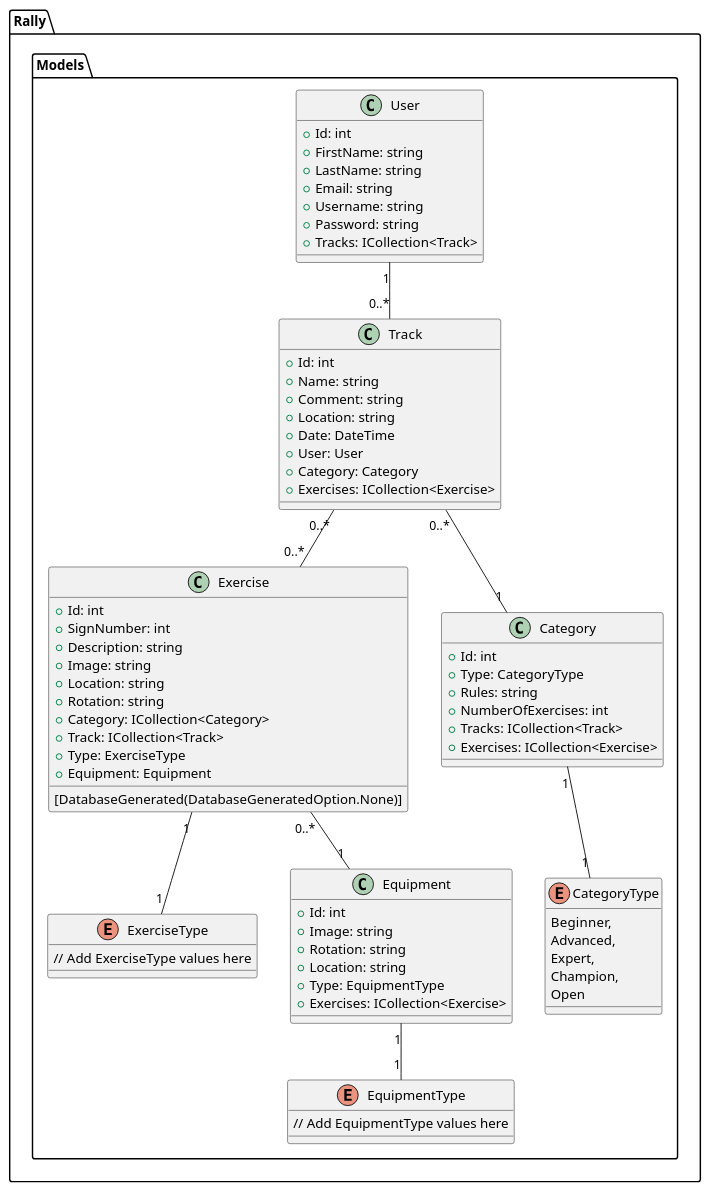
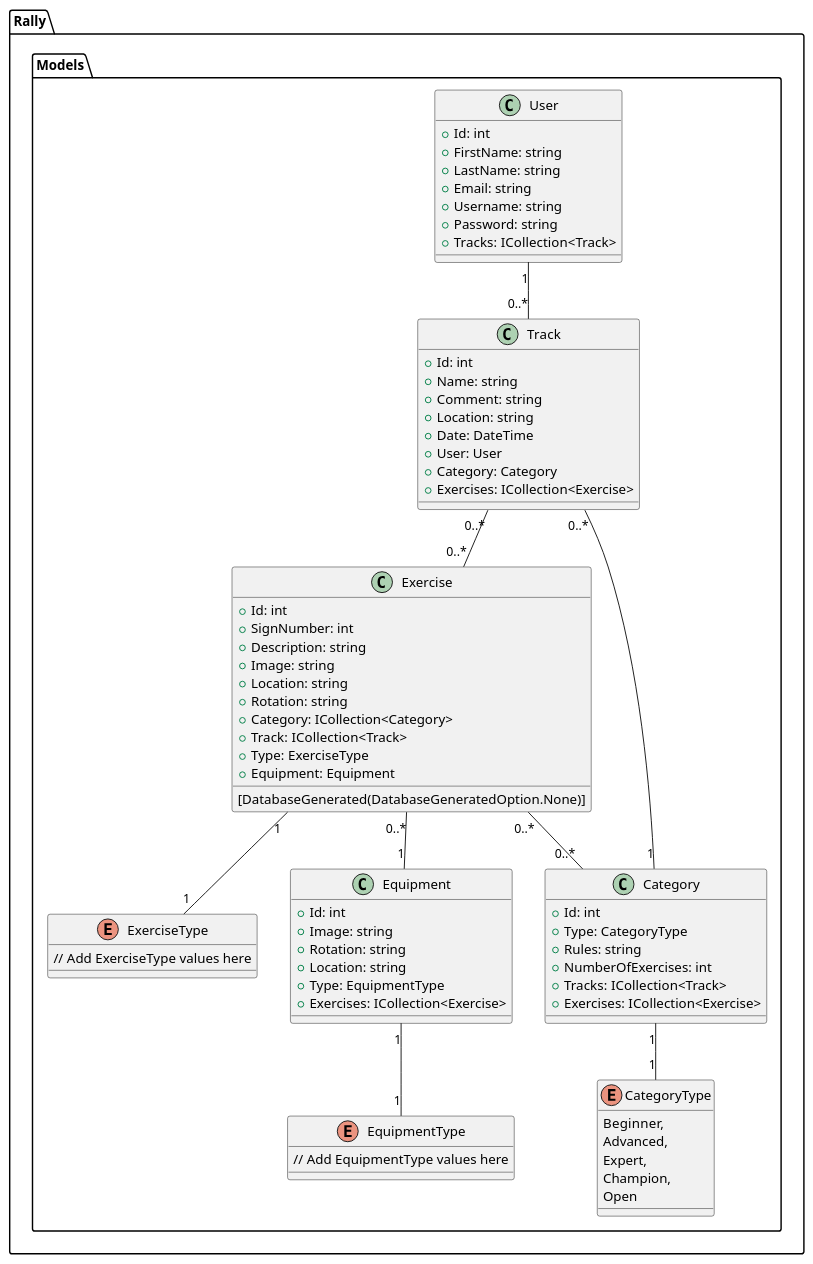
The diagram in Dodumentation/DSD_Models.wsd (DMOoF23-Team7-CAT/Project-Team7-Semester3), drawn with PlantUML before and after one commit. The commit also changed 11 other files, not shown here.

```diff
--- a/Dodumentation/DSD_Models.wsd
+++ b/Dodumentation/DSD_Models.wsd
@@ -1,84 +1,85 @@
 @startuml Design Class Diagram for models
 
 namespace Rally.Models {
     class User {
         + Id: int
         + FirstName: string
         + LastName: string
         + Email: string
         + Username: string
         + Password: string
         + Tracks: ICollection<Track>
     }
 
     class Track {
         + Id: int
         + Name: string
         + Comment: string
         + Location: string
         + Date: DateTime
         + User: User
         + Category: Category
         + Exercises: ICollection<Exercise>
     }
 
     class Exercise {
         [DatabaseGenerated(DatabaseGeneratedOption.None)]
         + Id: int
         + SignNumber: int
         + Description: string
         + Image: string
         + Location: string
         + Rotation: string
         + Category: ICollection<Category>
         + Track: ICollection<Track>
         + Type: ExerciseType
         + Equipment: Equipment
     }
 
     enum ExerciseType {
         // Add ExerciseType values here
     }
 
     class Equipment {
         + Id: int
         + Image: string
         + Rotation: string
         + Location: string
         + Type: EquipmentType
         + Exercises: ICollection<Exercise>
     }
 
     enum EquipmentType {
         // Add EquipmentType values here
     }
 
     class Category {
         + Id: int
         + Type: CategoryType
         + Rules: string
         + NumberOfExercises: int
         + Tracks: ICollection<Track>
         + Exercises: ICollection<Exercise>
     }
 
     enum CategoryType {
         Beginner,
         Advanced,
         Expert,
         Champion,
         Open
     }
 
     User "1" -- "0..*" Track
     Track "0..*" -- "1" Category
     Track "0..*" -- "0..*" Exercise
     Exercise "0..*" -- "1" Equipment
+    Exercise "0..*" -- "0..*" Category
     Category "1" -- "1" CategoryType
     Exercise "1" -- "1" ExerciseType
     Equipment "1" -- "1" EquipmentType
 }
 
 
 
 @enduml
```
